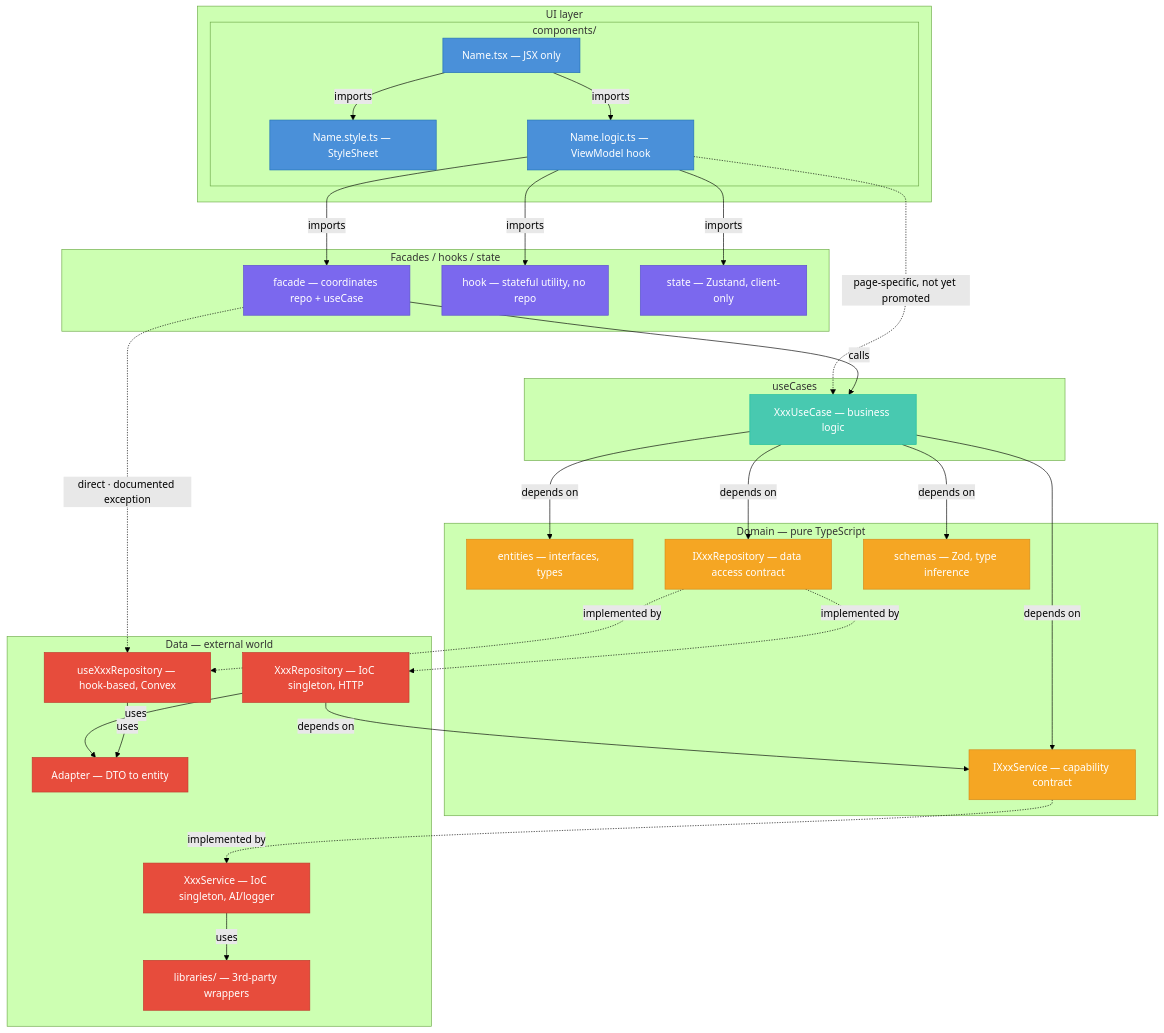
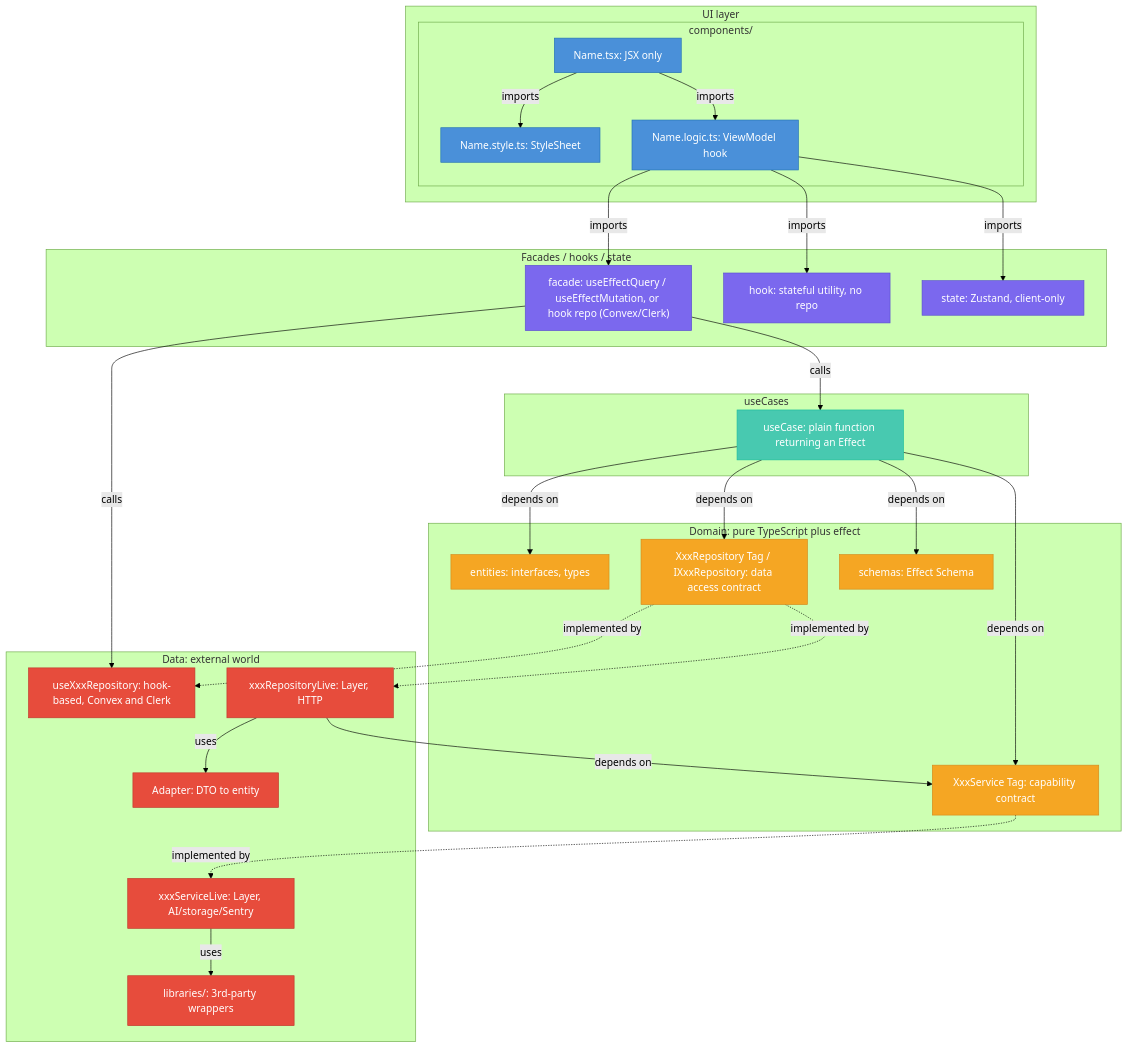
The diagram in wiki/docs/diagrams/architecture.mermaid (timothyrusso/HolidAI), drawn with Mermaid (forest theme) before and after one commit. The commit also changed 337 other files, not shown here.

First line of the commit message:
features/core on effect-core: AppError, Logger, Config, runtime, storage, http, images (#524)

```diff
--- a/wiki/docs/diagrams/architecture.mermaid
+++ b/wiki/docs/diagrams/architecture.mermaid
@@ -1,68 +1,66 @@
 %% Preview options:
 %% - VS Code extension : https://github.com/Mermaid-Chart/vscode-mermaid-chart
 %% - Online viewer     : https://mermaid.live/
 
 flowchart TD
     classDef ui       fill:#4A90D9,stroke:#2171B5,color:#fff
     classDef facade   fill:#7B68EE,stroke:#5A4FCF,color:#fff
     classDef usecase  fill:#48C9B0,stroke:#1ABC9C,color:#fff
     classDef domain   fill:#F5A623,stroke:#D4891A,color:#fff
     classDef data     fill:#E74C3C,stroke:#C0392B,color:#fff
     classDef core     fill:#7F8C8D,stroke:#616A6B,color:#fff
 
     subgraph UI["UI layer"]
         subgraph Components["components/"]
-            TSX["Name.tsx — JSX only"]:::ui
-            STY["Name.style.ts — StyleSheet"]:::ui
-            LOG["Name.logic.ts — ViewModel hook"]:::ui
+            TSX["Name.tsx: JSX only"]:::ui
+            STY["Name.style.ts: StyleSheet"]:::ui
+            LOG["Name.logic.ts: ViewModel hook"]:::ui
             TSX -->|"imports"| STY
             TSX -->|"imports"| LOG
         end
     end
 
     subgraph FHS["Facades / hooks / state"]
-        FAC["facade — coordinates repo + useCase"]:::facade
-        HOK["hook — stateful utility, no repo"]:::facade
-        STA["state — Zustand, client-only"]:::facade
+        FAC["facade: useEffectQuery / useEffectMutation, or hook repo (Convex/Clerk)"]:::facade
+        HOK["hook: stateful utility, no repo"]:::facade
+        STA["state: Zustand, client-only"]:::facade
     end
 
     subgraph UC["useCases"]
-        USE["XxxUseCase — business logic"]:::usecase
+        USE["useCase: plain function returning an Effect"]:::usecase
     end
 
-    subgraph DOM["Domain — pure TypeScript"]
-        ENT["entities — interfaces, types"]:::domain
-        IREP["IXxxRepository — data access contract"]:::domain
-        ISVC["IXxxService — capability contract"]:::domain
-        SCH["schemas — Zod, type inference"]:::domain
+    subgraph DOM["Domain: pure TypeScript plus effect"]
+        ENT["entities: interfaces, types"]:::domain
+        IREP["XxxRepository Tag / IXxxRepository: data access contract"]:::domain
+        ISVC["XxxService Tag: capability contract"]:::domain
+        SCH["schemas: Effect Schema"]:::domain
     end
 
-    subgraph DAT["Data — external world"]
-        HREP["useXxxRepository — hook-based, Convex"]:::data
-        CREP["XxxRepository — IoC singleton, HTTP"]:::data
-        ADA["Adapter — DTO to entity"]:::data
-        SVC["XxxService — IoC singleton, AI/logger"]:::data
-        LIB["libraries/ — 3rd-party wrappers"]:::data
+    subgraph DAT["Data: external world"]
+        HREP["useXxxRepository: hook-based, Convex and Clerk"]:::data
+        CREP["xxxRepositoryLive: Layer, HTTP"]:::data
+        ADA["Adapter: DTO to entity"]:::data
+        SVC["xxxServiceLive: Layer, AI/storage/Sentry"]:::data
+        LIB["libraries/: 3rd-party wrappers"]:::data
     end
 
     LOG -->|"imports"| FAC
     LOG -->|"imports"| HOK
     LOG -->|"imports"| STA
-    LOG -.->|"page-specific, not yet promoted"| USE
 
     FAC -->|"calls"| USE
-    FAC -.->|"direct · documented exception"| HREP
+    FAC -->|"calls"| HREP
 
     USE -->|"depends on"| ENT
     USE -->|"depends on"| IREP
     USE -->|"depends on"| ISVC
     USE -->|"depends on"| SCH
 
     IREP -.->|"implemented by"| HREP
     IREP -.->|"implemented by"| CREP
     ISVC -.->|"implemented by"| SVC
 
     CREP -->|"depends on"| ISVC
     CREP -->|"uses"| ADA
-    HREP -->|"uses"| ADA
     SVC -->|"uses"| LIB
```
